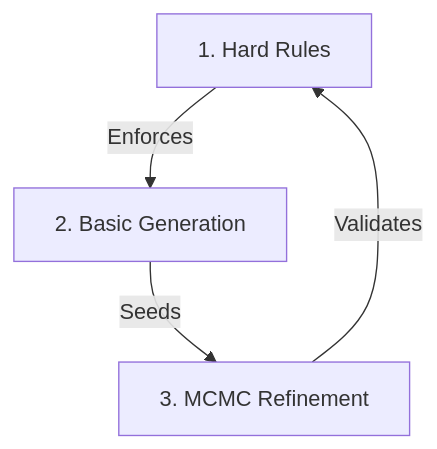
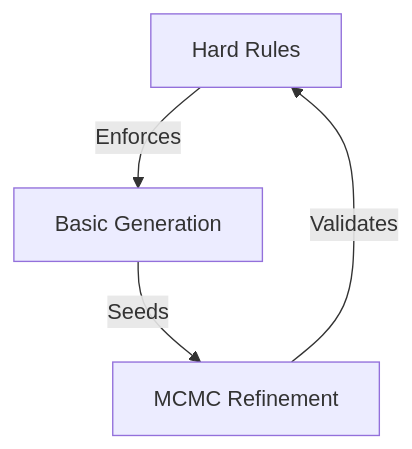
One commit to marketagents-ai/MarketPersonas changed the first of 4 diagrams in README.md. Above: the diagram before and after it, drawn with Mermaid.

Commit message:
- fixed mermaid

````diff
--- a/README.md
+++ b/README.md
@@ -15,6 +15,6 @@
 ```mermaid
 graph TD
-    A[1. Hard Rules] -->|Enforces| B[2. Basic Generation]
-    B -->|Seeds| C[3. MCMC Refinement]
+    A[Hard Rules] -->|Enforces| B[Basic Generation]
+    B -->|Seeds| C[MCMC Refinement]
     C -->|Validates| A
 ```
````
